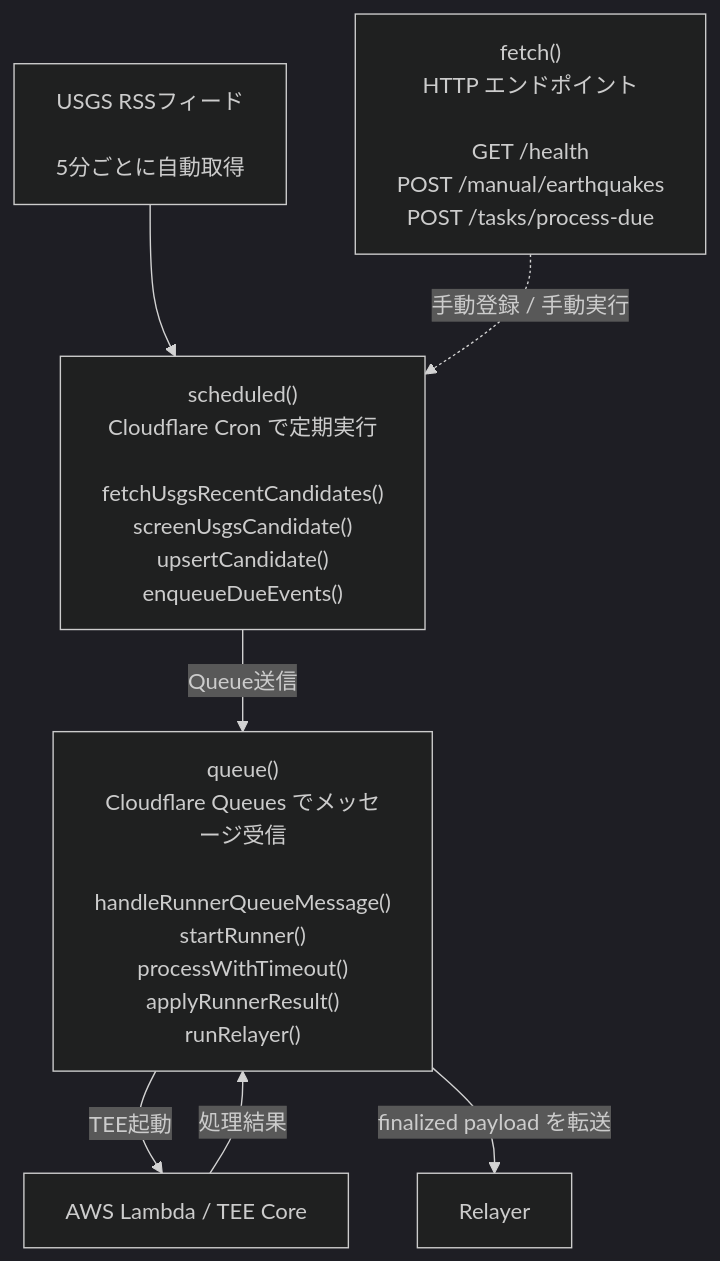
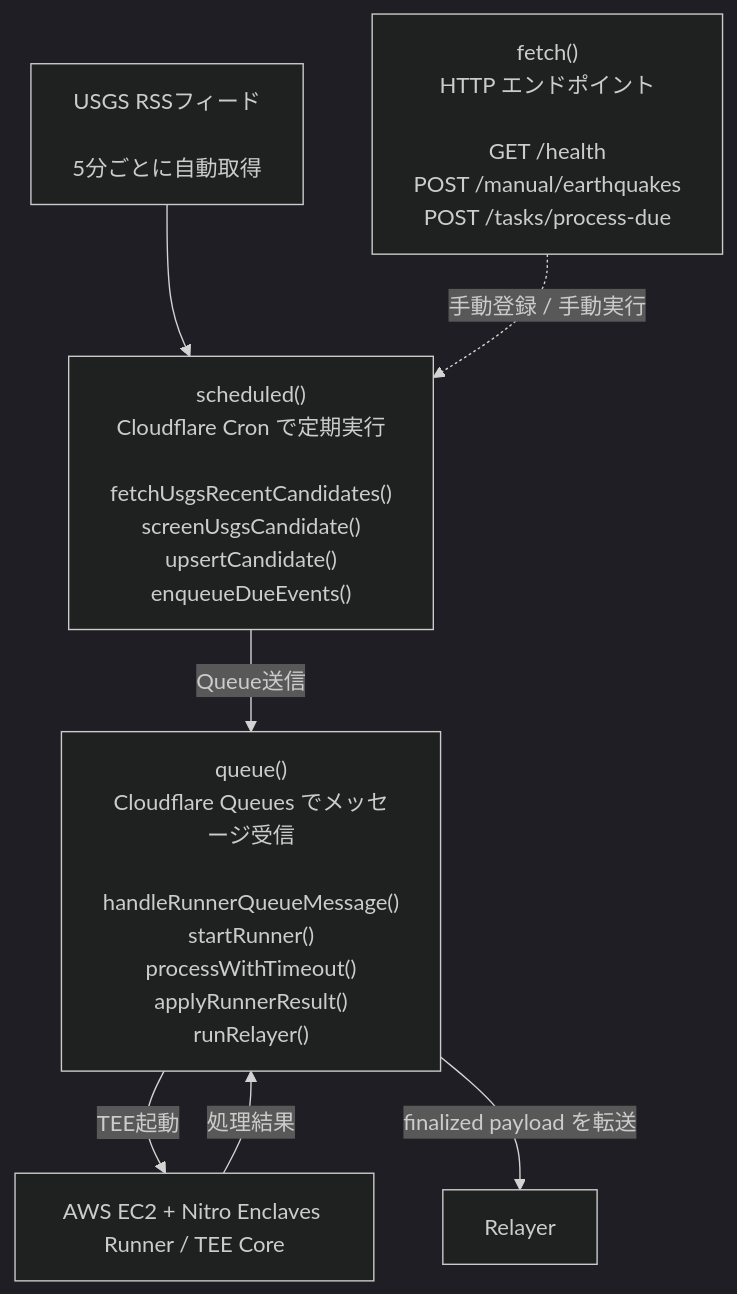
The first of 3 diagrams in nautilus/verifiers/disaster/watcher/README.md (UnagiLabs/Sonari), drawn with Mermaid (dark theme) before and after one commit. The commit also changed other lines of this file and 6 other files, not shown here.

````diff
--- a/nautilus/verifiers/disaster/watcher/README.md
+++ b/nautilus/verifiers/disaster/watcher/README.md
@@ -15,23 +15,23 @@
 ```mermaid
 flowchart TD
   usgs[
     USGS RSSフィード<br/>
     5分ごとに自動取得
   ]
 
   scheduled["scheduled()<br/>Cloudflare Cron で定期実行<br/><br/>fetchUsgsRecentCandidates()<br/>screenUsgsCandidate()<br/>upsertCandidate()<br/>enqueueDueEvents()"]
 
   queue["queue()<br/>Cloudflare Queues でメッセージ受信<br/><br/>handleRunnerQueueMessage()<br/>startRunner()<br/>processWithTimeout()<br/>applyRunnerResult()<br/>runRelayer()"]
 
   fetch["fetch()<br/>HTTP エンドポイント<br/><br/>GET /health<br/>POST /manual/earthquakes<br/>POST /tasks/process-due"]
 
-  tee[AWS Lambda / TEE Core]
+  tee[AWS EC2 + Nitro Enclaves Runner / TEE Core]
   relayer[Relayer]
 
   usgs --> scheduled
   scheduled -->|Queue送信| queue
   queue -->|TEE起動| tee
   tee -->|処理結果| queue
   queue -->|finalized payload を転送| relayer
   fetch -.->|手動登録 / 手動実行| scheduled
 ```
````
